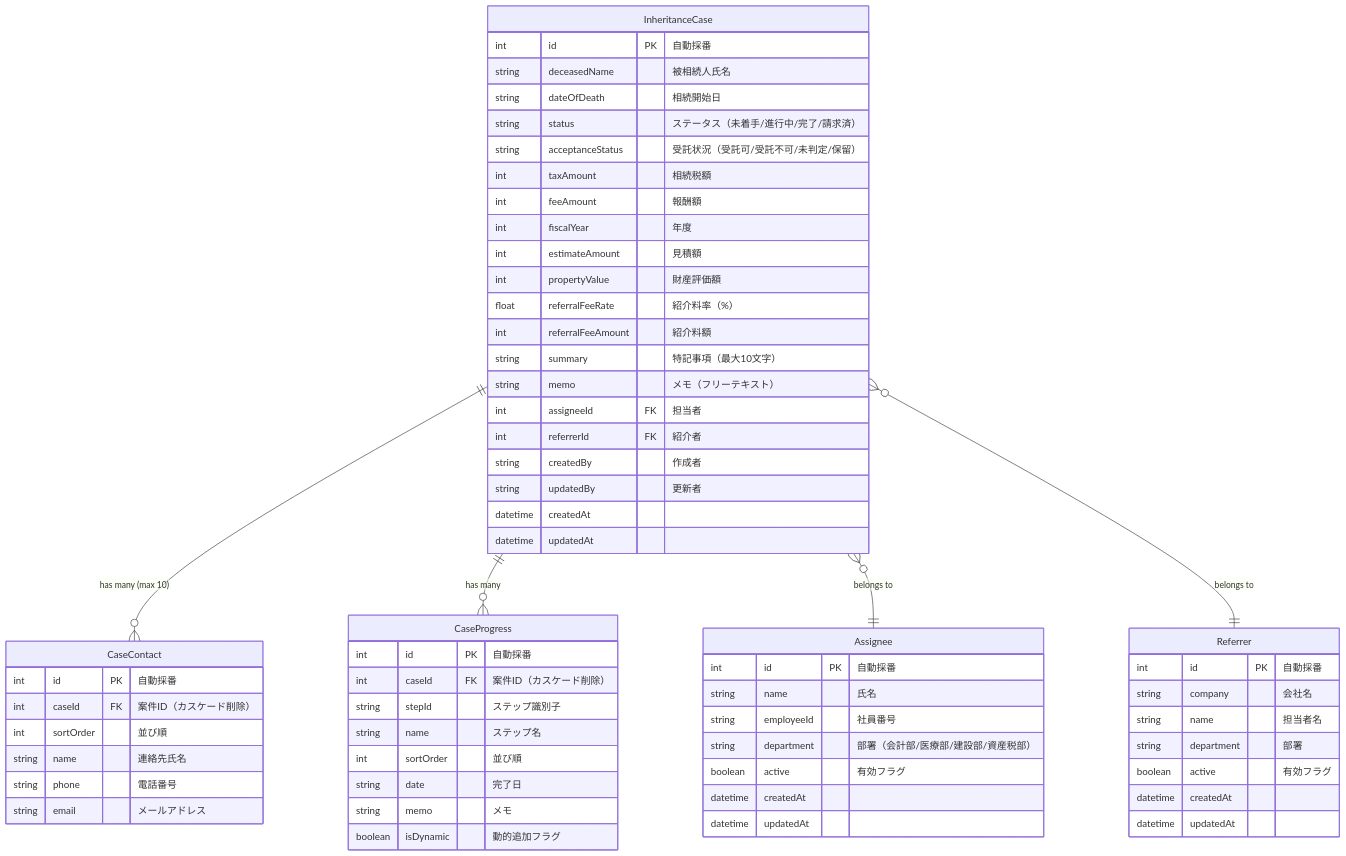
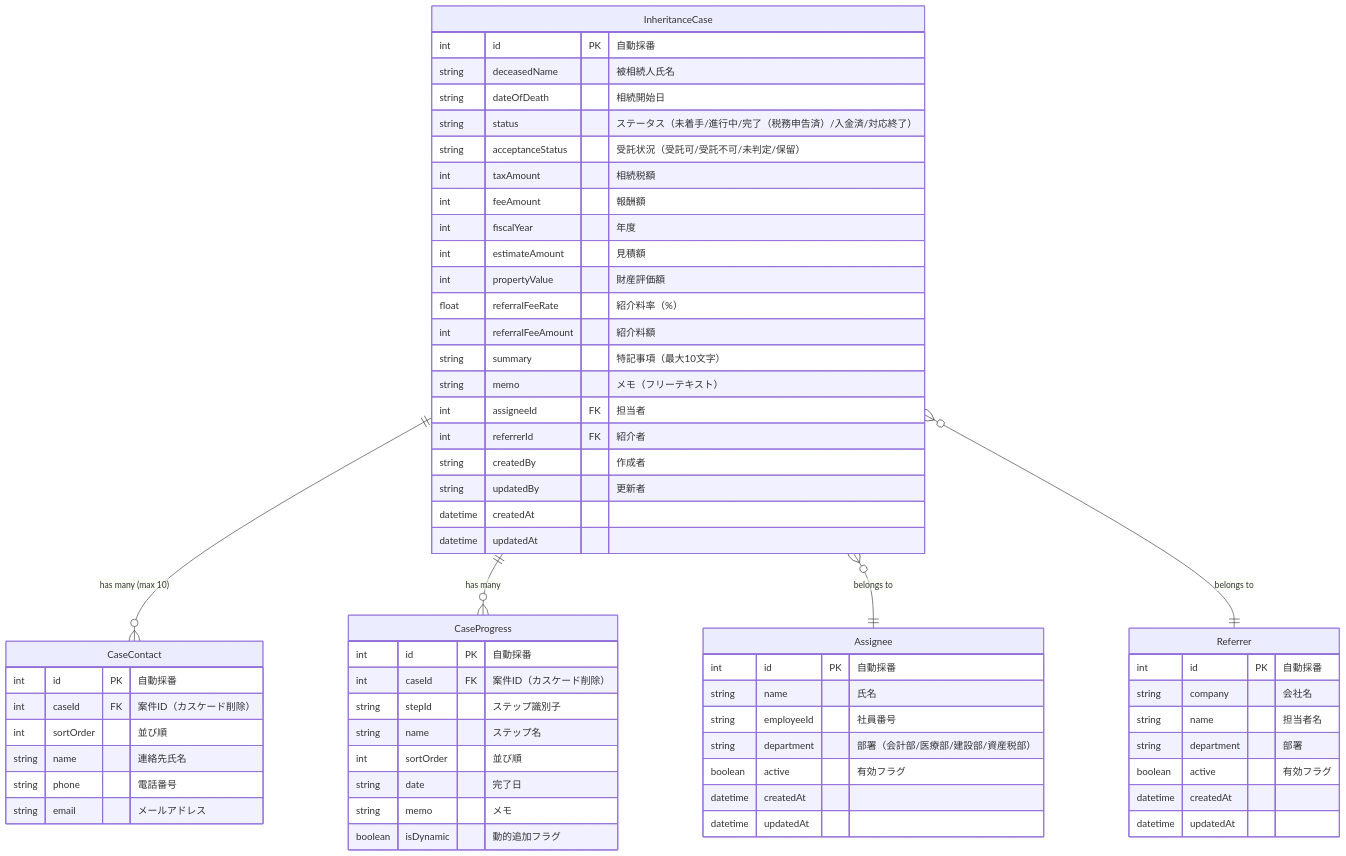
The diagram in apps/inheritance-case-management/README.md (kojima1978/tax_apps), drawn with Mermaid before and after one commit. The commit also changed other lines of this file and 23 other files, not shown here.

````diff
--- a/apps/inheritance-case-management/README.md
+++ b/apps/inheritance-case-management/README.md
@@ -262,70 +269,70 @@
 ```mermaid
 erDiagram
     InheritanceCase ||--o{ CaseContact : "has many (max 10)"
     InheritanceCase ||--o{ CaseProgress : "has many"
     InheritanceCase }o--|| Assignee : "belongs to"
     InheritanceCase }o--|| Referrer : "belongs to"
 
     InheritanceCase {
         int id PK "自動採番"
         string deceasedName "被相続人氏名"
         string dateOfDeath "相続開始日"
-        string status "ステータス（未着手/進行中/完了/請求済）"
+        string status "ステータス（未着手/進行中/完了（税務申告済）/入金済/対応終了）"
         string acceptanceStatus "受託状況（受託可/受託不可/未判定/保留）"
         int taxAmount "相続税額"
         int feeAmount "報酬額"
         int fiscalYear "年度"
         int estimateAmount "見積額"
         int propertyValue "財産評価額"
         float referralFeeRate "紹介料率（%）"
         int referralFeeAmount "紹介料額"
         string summary "特記事項（最大10文字）"
         string memo "メモ（フリーテキスト）"
         int assigneeId FK "担当者"
         int referrerId FK "紹介者"
         string createdBy "作成者"
         string updatedBy "更新者"
         datetime createdAt
         datetime updatedAt
     }
 
     Assignee {
         int id PK "自動採番"
         string name "氏名"
         string employeeId "社員番号"
         string department "部署（会計部/医療部/建設部/資産税部）"
         boolean active "有効フラグ"
         datetime createdAt
         datetime updatedAt
     }
 
     Referrer {
         int id PK "自動採番"
         string company "会社名"
         string name "担当者名"
         string department "部署"
         boolean active "有効フラグ"
         datetime createdAt
         datetime updatedAt
     }
 
     CaseContact {
         int id PK "自動採番"
         int caseId FK "案件ID（カスケード削除）"
         int sortOrder "並び順"
         string name "連絡先氏名"
         string phone "電話番号"
         string email "メールアドレス"
     }
 
     CaseProgress {
         int id PK "自動採番"
         int caseId FK "案件ID（カスケード削除）"
         string stepId "ステップ識別子"
         string name "ステップ名"
         int sortOrder "並び順"
         string date "完了日"
         string memo "メモ"
         boolean isDynamic "動的追加フラグ"
     }
 ```
````
